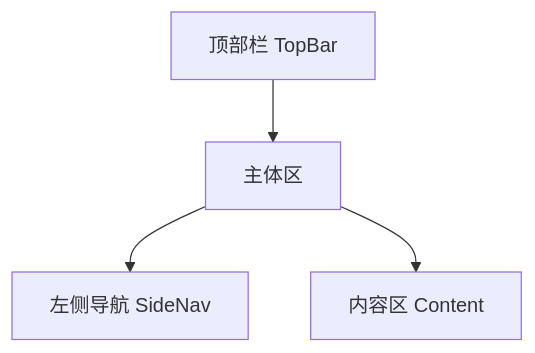
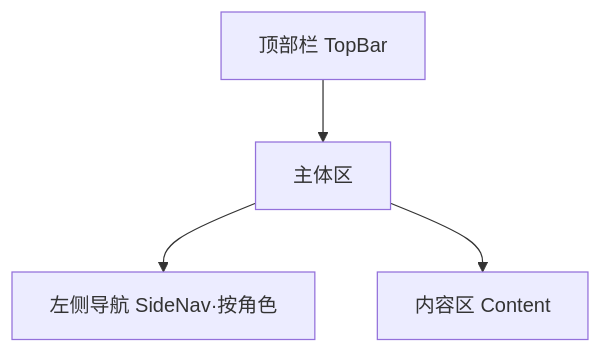
The second of 2 diagrams in docs/design/03-backdoor-design.md (Deliay/sumire), drawn with Mermaid before and after one commit. The commit also changed other lines of this file and 2 other files, not shown here.

````diff
--- a/docs/design/03-backdoor-design.md
+++ b/docs/design/03-backdoor-design.md
@@ -66,6 +87,6 @@
 ```mermaid
 flowchart TD
     A[顶部栏 TopBar] --> B[主体区]
-    B --> C[左侧导航 SideNav]
+    B --> C[左侧导航 SideNav·按角色]
     B --> D[内容区 Content]
 ```
````
